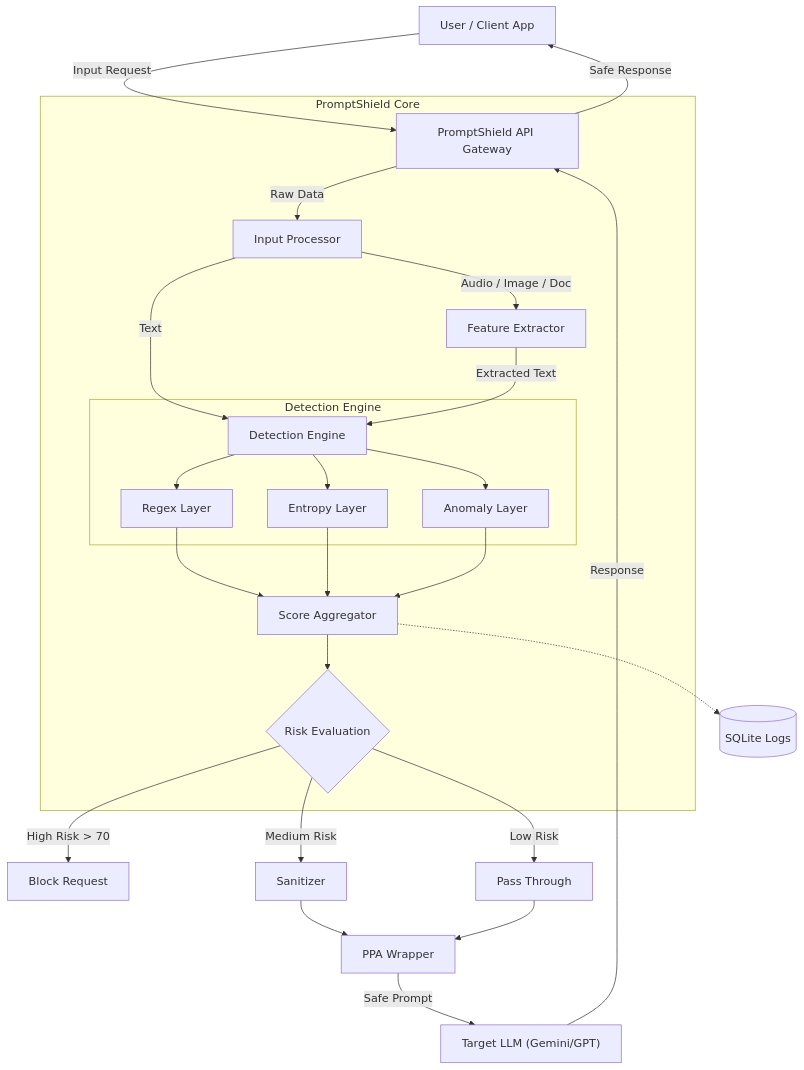
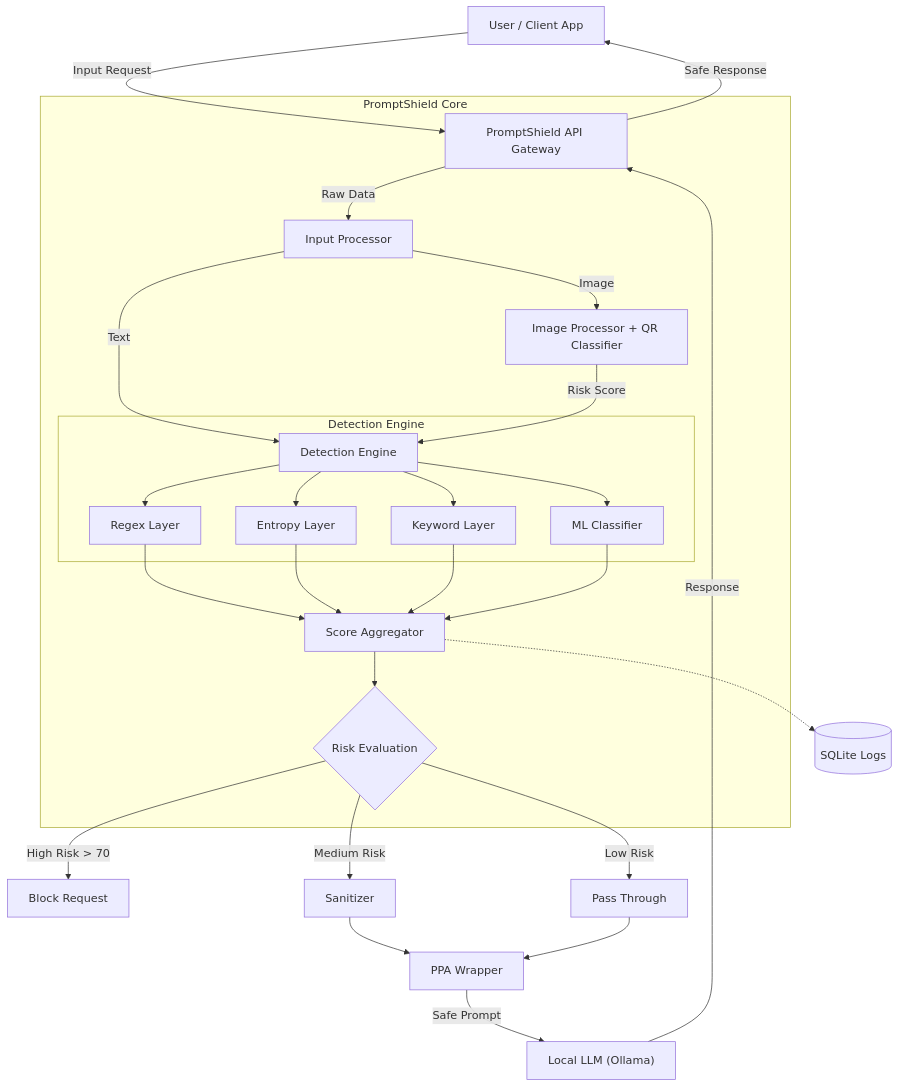
One commit to prabujayant/LLM-safety-gateway changed the diagram in README.md. Above: the diagram before and after it, drawn with Mermaid. The commit also changed other lines of this file and 1024 other files, not shown here.

Commit message:
Complete PromptShield: ML-based LLM security gateway with QR classifier, updated README, and UI improvements

````diff
--- a/README.md
+++ b/README.md
@@ -56,34 +51,35 @@
 ```mermaid
 graph TD
     User[User / Client App] -->|Input Request| API[PromptShield API Gateway]
     
     subgraph "PromptShield Core"
         API -->|Raw Data| Processor[Input Processor]
         
         Processor -->|Text| DE[Detection Engine]
-        Processor -->|Audio / Image / Doc| Extract[Feature Extractor]
-        Extract -->|Extracted Text| DE
+        Processor -->|Image| IMG[Image Processor + QR Classifier]
+        IMG -->|Risk Score| DE
         
         subgraph "Detection Engine"
             DE --> L1[Regex Layer]
             DE --> L2[Entropy Layer]
-            DE --> L3[Anomaly Layer]
+            DE --> L3[Keyword Layer]
+            DE --> L4[ML Classifier]
         end
         
-        L1 & L2 & L3 --> Aggregator[Score Aggregator]
+        L1 & L2 & L3 & L4 --> Aggregator[Score Aggregator]
         Aggregator --> Decision{Risk Evaluation}
     end
     
     Decision -->|High Risk > 70| Block[Block Request]
     Decision -->|Medium Risk| Sanitize[Sanitizer]
     Decision -->|Low Risk| Pass[Pass Through]
     
     Sanitize --> PPA[PPA Wrapper]
     Pass --> PPA
     
-    PPA -->|Safe Prompt| LLM["Target LLM (Gemini/GPT)"]
+    PPA -->|Safe Prompt| LLM["Local LLM (Ollama)"]
     LLM -->|Response| API
     API -->|Safe Response| User
     
     Aggregator -.-> DB[(SQLite Logs)]
 ```
````
